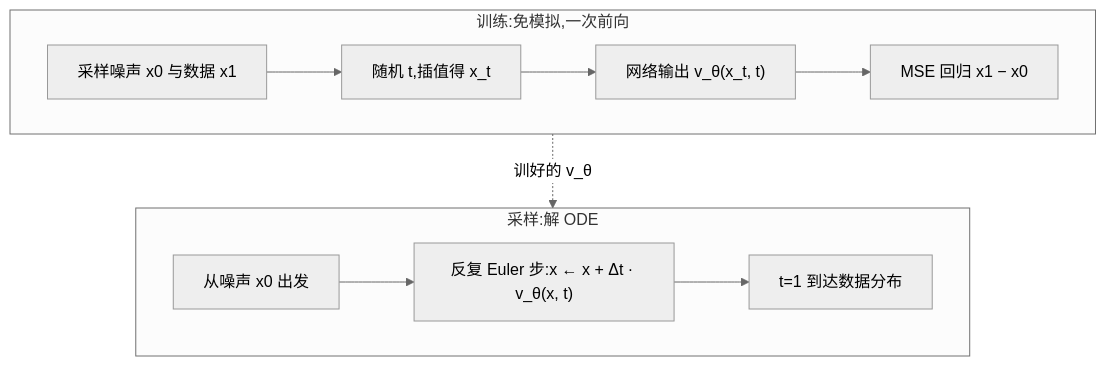
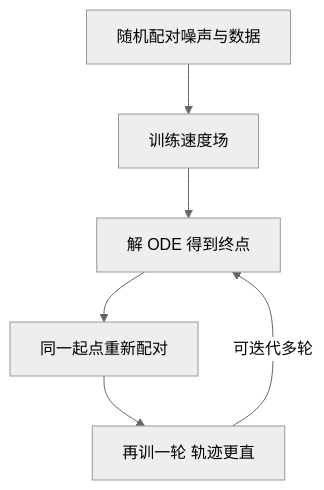
Before and after one commit to ChaoyuWang04/MockInterview: the diagram in knowledge/05-多模态/FlowMatching.md, drawn with Mermaid (neutral theme). The commit also changed other lines of this file and 5 other files, not shown here.

````diff
--- a/knowledge/05-多模态/FlowMatching.md
+++ b/knowledge/05-多模态/FlowMatching.md
@@ -70,12 +103,8 @@
 ```mermaid
-flowchart TB
-    subgraph T["训练:免模拟,一次前向"]
-        direction LR
-        A["采样噪声 x0 与数据 x1"] --> B["随机 t,插值得 x_t"] --> C["网络输出 v_θ(x_t, t)"] --> D["MSE 回归 x1 − x0"]
-    end
-    subgraph S["采样:解 ODE"]
-        direction LR
-        E["从噪声 x0 出发"] --> F["反复 Euler 步:x ← x + Δt · v_θ(x, t)"] --> G["t=1 到达数据分布"]
-    end
-    T -. 训好的 v_θ .-> S
+flowchart TD
+    A["随机配对噪声与数据"] --> B["训练速度场"]
+    B --> C["解 ODE 得到终点"]
+    C --> D["同一起点重新配对"]
+    D --> E["再训一轮 轨迹更直"]
+    E -->|"可迭代多轮"| C
 ```
````
